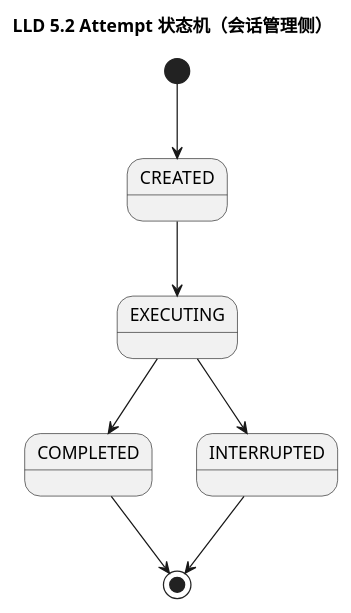
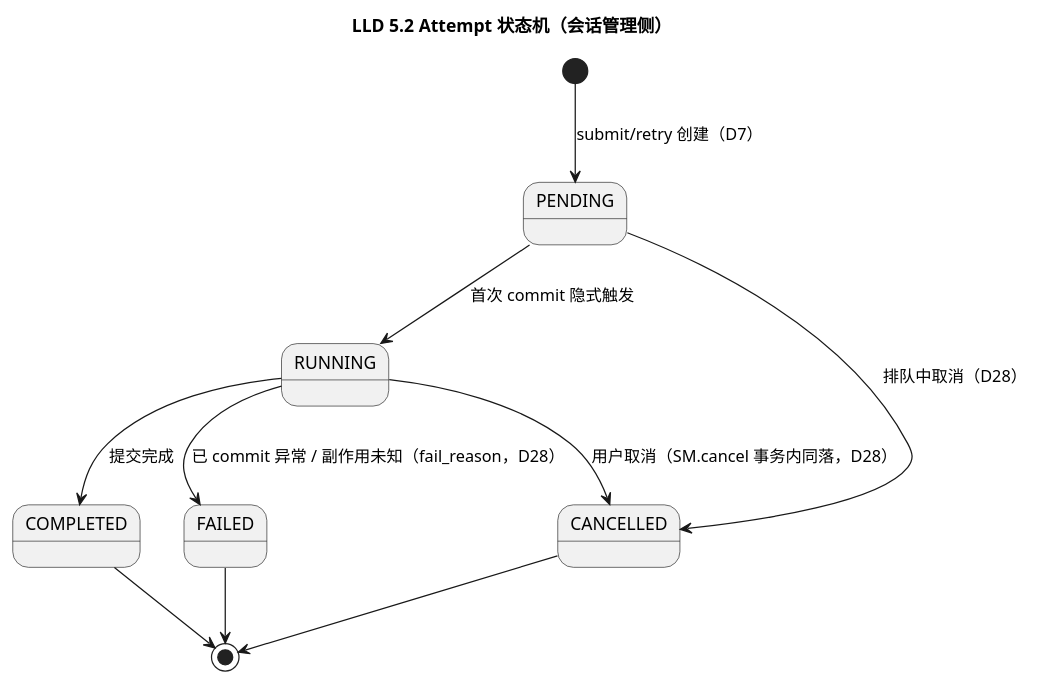
One commit to JamesLi-NLP/AgentGateway changed the sixth of 9 diagrams in design/diagrams/plantuml/turn-scheduler-lld.puml. Above: the diagram before and after it, drawn with PlantUML. The commit also changed other lines of this file and 13 other files, not shown here.

```diff
--- a/design/diagrams/plantuml/turn-scheduler-lld.puml
+++ b/design/diagrams/plantuml/turn-scheduler-lld.puml
@@ -124,12 +130,15 @@
 @startuml lld-52-state-attempt
 title LLD 5.2 Attempt 状态机（会话管理侧）
 skinparam backgroundColor white
 skinparam defaultFontName "Microsoft YaHei"
 
-[*] --> CREATED
-CREATED --> EXECUTING
-EXECUTING --> COMPLETED
-EXECUTING --> INTERRUPTED
+[*] --> PENDING : submit/retry 创建（D7）
+PENDING --> RUNNING : 首次 commit 隐式触发
+RUNNING --> COMPLETED : 提交完成
+RUNNING --> FAILED : 已 commit 异常 / 副作用未知（fail_reason，D28）
+RUNNING --> CANCELLED : 用户取消（SM.cancel 事务内同落，D28）
+PENDING --> CANCELLED : 排队中取消（D28）
 COMPLETED --> [*]
-INTERRUPTED --> [*]
+FAILED --> [*]
+CANCELLED --> [*]
 @enduml
```
